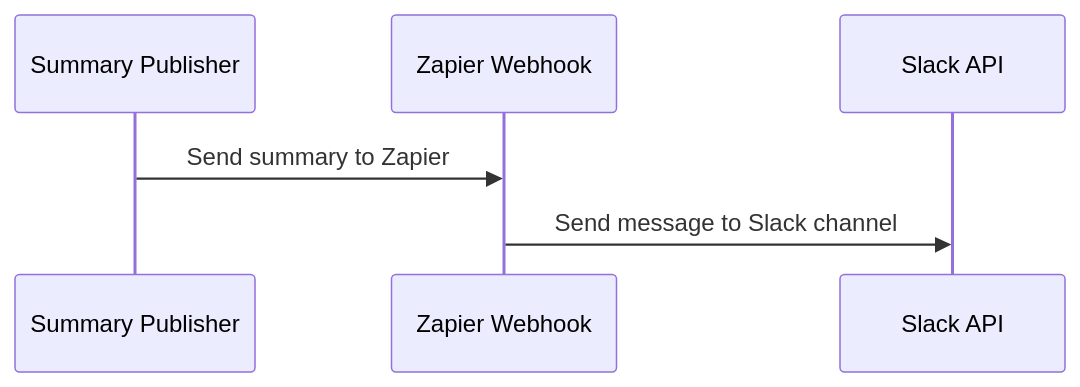
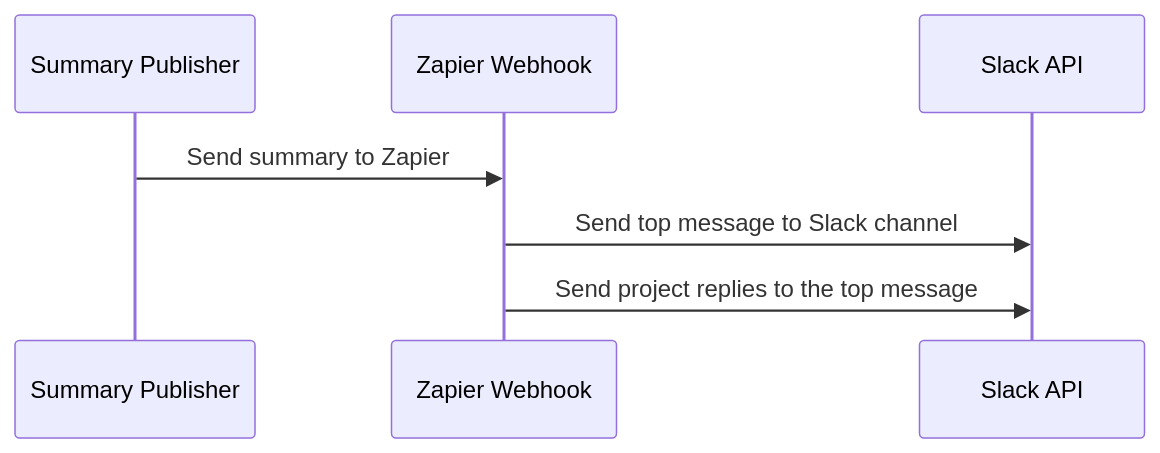
One commit to karlsabo/dev-lake-utils changed the diagram in summary-publisher/readme.md. Above: the diagram before and after it, drawn with Mermaid. The commit also changed other lines of this file and 3 other files, not shown here.

````diff
--- a/summary-publisher/readme.md
+++ b/summary-publisher/readme.md
@@ -21,8 +21,9 @@
 ```mermaid
 sequenceDiagram
     participant summary as Summary Publisher
     participant Zapier as Zapier Webhook
     participant Slack as Slack API
     summary ->> Zapier: Send summary to Zapier
-    Zapier ->> Slack: Send message to Slack channel
+    Zapier ->> Slack: Send top message to Slack channel
+    Zapier ->> Slack: Send project replies to the top message
 ```
````
